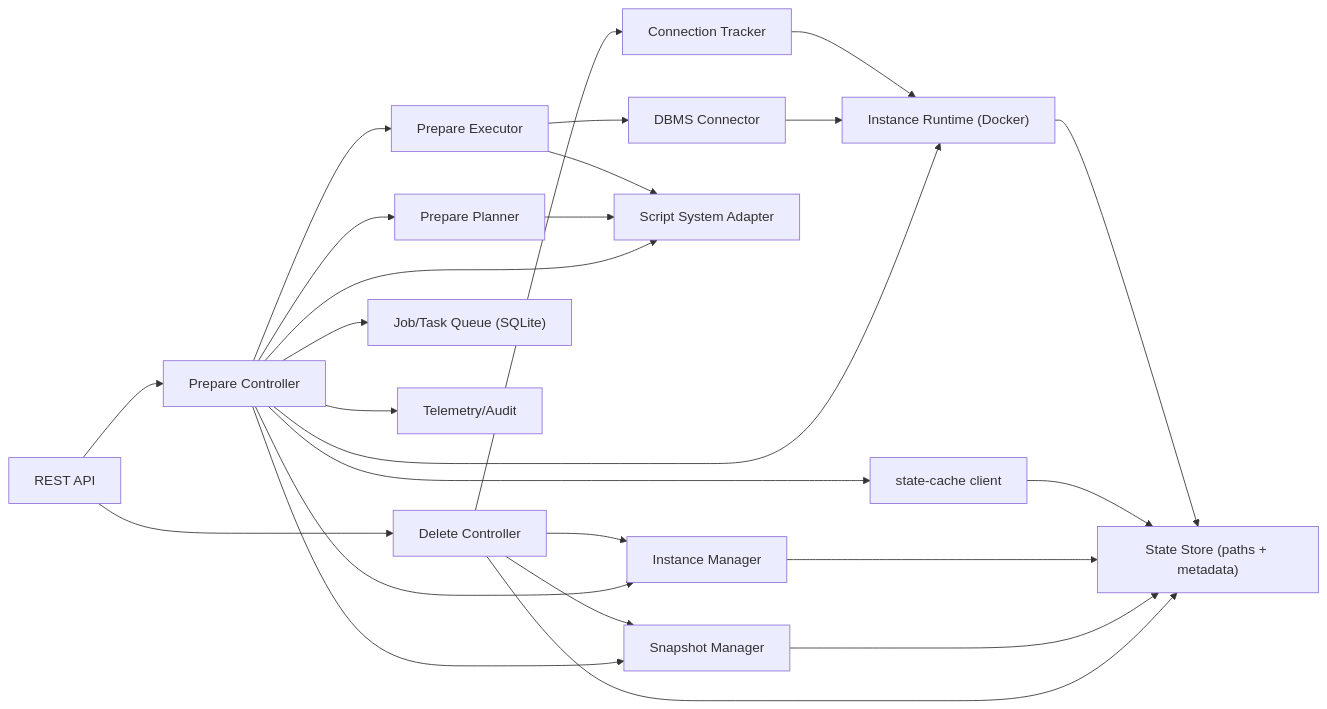
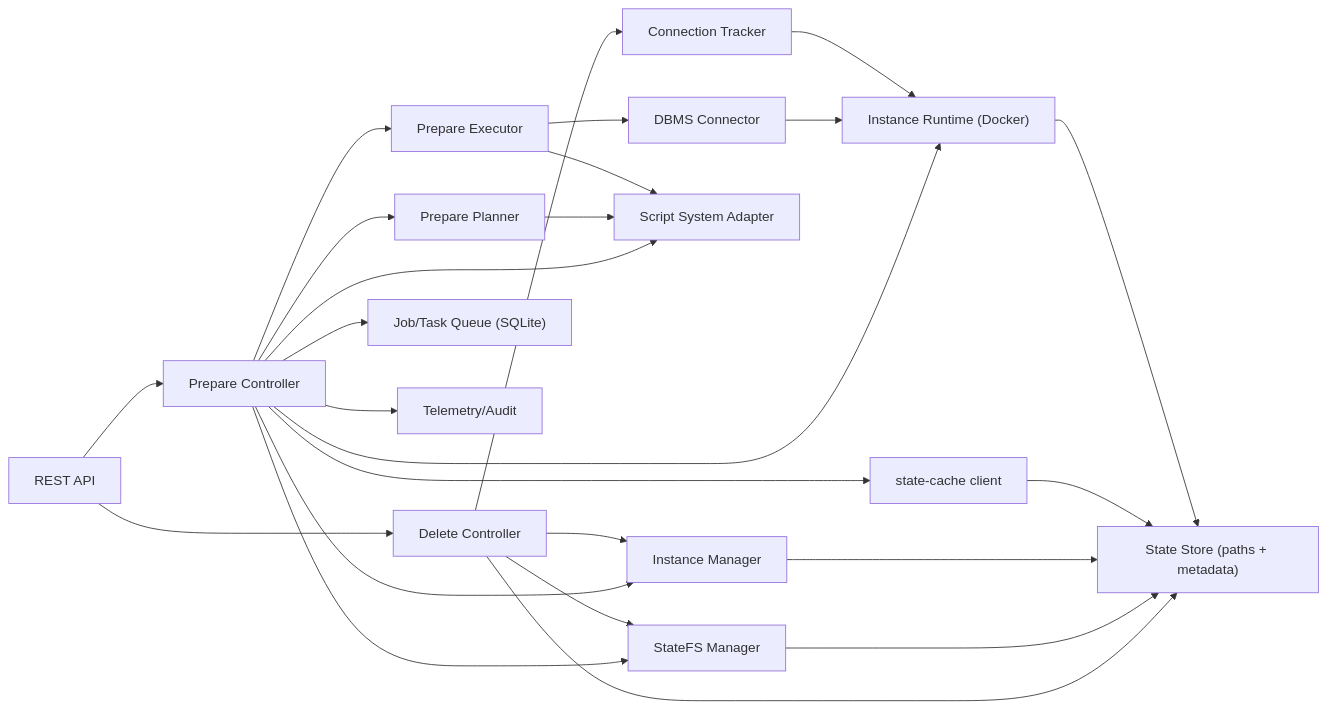
Before and after one commit to kimak-irmagi/taidon: the first of 6 diagrams in docs/architecture/engine-internals.md, drawn with Mermaid. The commit also changed other lines of this file and 29 other files, not shown here.

````diff
--- a/docs/architecture/engine-internals.md
+++ b/docs/architecture/engine-internals.md
@@ -7,43 +7,43 @@
 ```mermaid
 flowchart LR
   API["REST API"]
   CTRL["Prepare Controller"]
   DEL["Delete Controller"]
   PLAN["Prepare Planner"]
   EXEC["Prepare Executor"]
   CACHE[state-cache client]
-  SNAP["Snapshot Manager"]
+  SNAP["StateFS Manager"]
   QSTORE["Job/Task Queue (SQLite)"]
   RUNTIME["Instance Runtime (Docker)"]
   DBMS["DBMS Connector"]
   ADAPTER["Script System Adapter"]
   INST["Instance Manager"]
   CONN["Connection Tracker"]
   STORE["State Store (paths + metadata)"]
   OBS[Telemetry/Audit]
 
   API --> CTRL
   API --> DEL
   CTRL --> PLAN
   CTRL --> EXEC
   CTRL --> CACHE
   CTRL --> SNAP
   CTRL --> QSTORE
   CTRL --> RUNTIME
   CTRL --> ADAPTER
   CTRL --> INST
   CTRL --> OBS
   DEL --> INST
   DEL --> SNAP
   DEL --> STORE
   DEL --> CONN
   PLAN --> ADAPTER
   EXEC --> ADAPTER
   EXEC --> DBMS
   DBMS --> RUNTIME
   SNAP --> STORE
   INST --> STORE
   CACHE --> STORE
   RUNTIME --> STORE
   CONN --> RUNTIME
 ```
````
